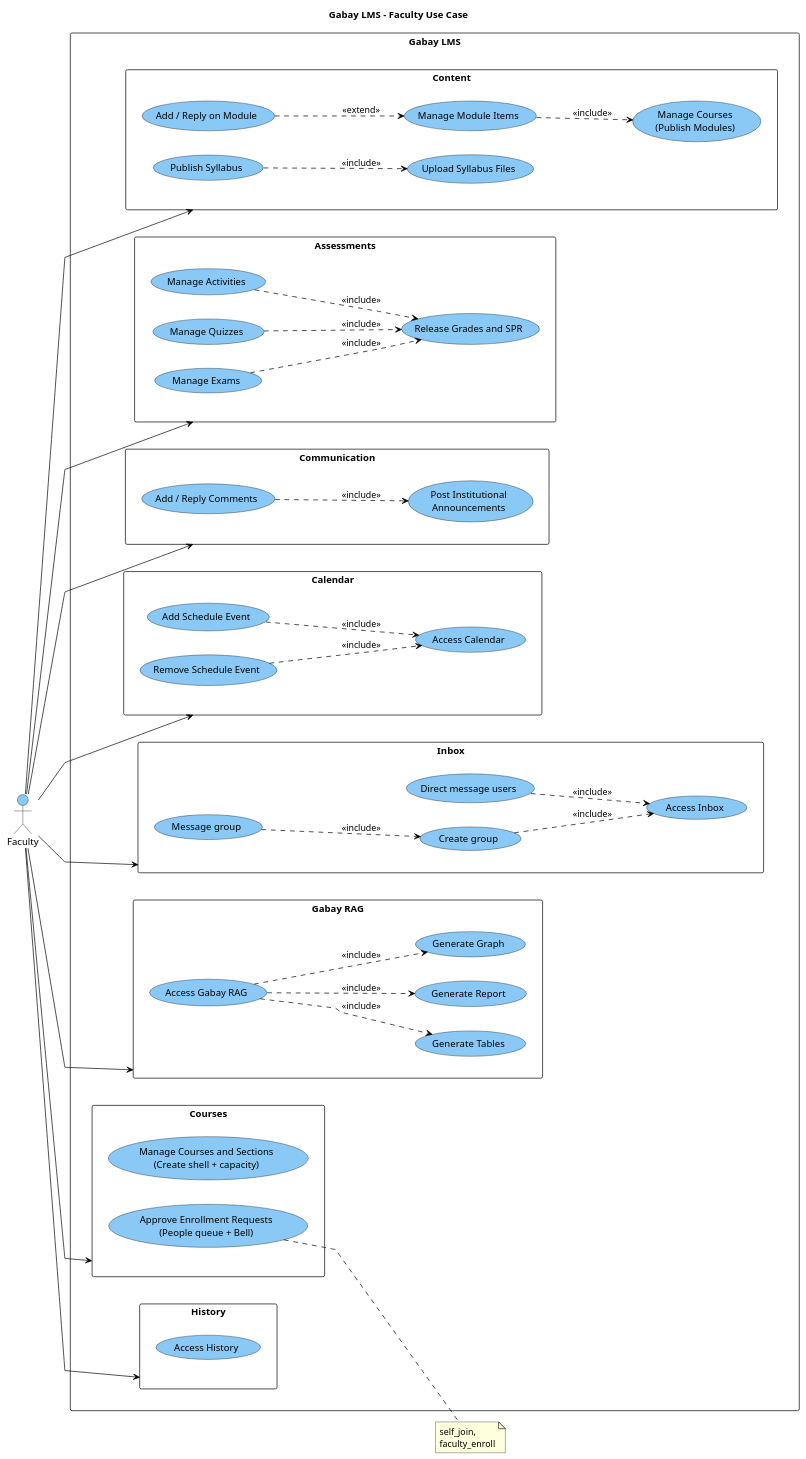
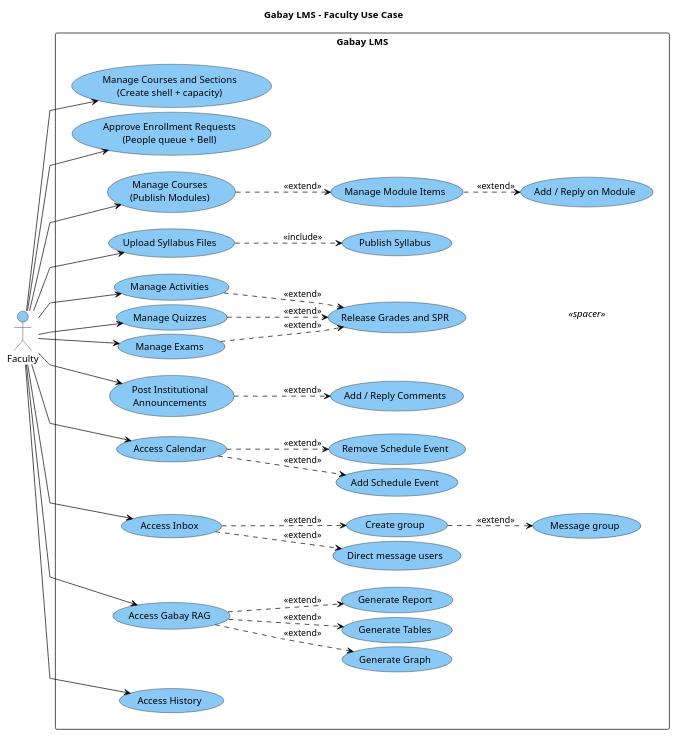
Before and after one commit to Axxues/Gabay-Prototype: the diagram in docs/diagrams/usecase-faculty.puml, drawn with PlantUML. The commit also changed 445 other files, not shown here.

```diff
--- a/docs/diagrams/usecase-faculty.puml
+++ b/docs/diagrams/usecase-faculty.puml
@@ -1,91 +1,104 @@
 @startuml
 title Gabay LMS - Faculty Use Case
 left to right direction
-skinparam packageStyle rectangle
 skinparam usecase {
   BackgroundColor #8AC9F5
   BorderColor black
 }
 skinparam actor {
   BackgroundColor #8AC9F5
   BorderColor black
 }
-skinparam package {
+skinparam rectangle {
   BackgroundColor white
   BorderColor black
 }
+skinparam usecase<<spacer>> {
+  BackgroundColor none
+  BorderColor white
+  FontColor white
+}
 skinparam arrowColor black
 skinparam linetype polyline
+skinparam nodesep 6
+skinparam ranksep 12
 
 actor "Faculty" as Faculty
 
 rectangle "Gabay LMS" {
-  package "Courses" as P2 {
+  together {
     usecase "Manage Courses and Sections\n(Create shell + capacity)" as UC2
     usecase "Approve Enrollment Requests\n(People queue + Bell)" as UC3
   }
-  package "Content" as P3 {
+  together {
     usecase "Manage Courses\n(Publish Modules)" as UC4
     usecase "Manage Module Items" as UC4a
     usecase "Add / Reply on Module" as UC4b
+  }
+  together {
     usecase "Upload Syllabus Files" as UC5a
     usecase "Publish Syllabus" as UC5b
   }
-  package "Assessments" as P4 {
+  together {
     usecase "Manage Activities" as UC6a
     usecase "Manage Quizzes" as UC6b
     usecase "Manage Exams" as UC6c
     usecase "Release Grades and SPR" as UC6d
+    usecase " " as SP6d <<spacer>>
   }
-  package "Communication" as P5 {
+  together {
     usecase "Post Institutional\nAnnouncements" as UC7
     usecase "Add / Reply Comments" as UC7b
   }
-  package "Calendar" as P6 {
+  together {
     usecase "Access Calendar" as UC8
     usecase "Add Schedule Event" as UC8a
     usecase "Remove Schedule Event" as UC8b
   }
-  package "Inbox" as P7 {
+  together {
     usecase "Access Inbox" as UC9
     usecase "Direct message users" as UC9a
     usecase "Create group" as UC9b
     usecase "Message group" as UC9c
   }
-  package "Gabay RAG" as P8 {
+  together {
     usecase "Access Gabay RAG" as UCRAG
     usecase "Generate Graph" as UCRAG_G
     usecase "Generate Tables" as UCRAG_T
     usecase "Generate Report" as UCRAG_R
   }
-  package "History" as P9 {
+  together {
     usecase "Access History" as UC10
   }
 }
 
-Faculty --> P2
-Faculty --> P3
-Faculty --> P4
-Faculty --> P5
-Faculty --> P6
-Faculty --> P7
-Faculty --> P8
-Faculty --> P9
+Faculty --> UC2
+Faculty --> UC3
+Faculty --> UC4
+Faculty --> UC5a
+Faculty --> UC6a
+Faculty --> UC6b
+Faculty --> UC6c
+Faculty --> UC7
+Faculty --> UC8
+Faculty --> UC9
+Faculty --> UCRAG
+Faculty --> UC10
 
-UC4a ..> UC4 : <<include>>
-UC4b ..> UC4a : <<extend>>
-UC5b ..> UC5a : <<include>>
-UC6a ..> UC6d : <<include>>
-UC6b ..> UC6d : <<include>>
-UC6c ..> UC6d : <<include>>
-UC7b ..> UC7 : <<include>>
-UC8a ..> UC8 : <<include>>
-UC8b ..> UC8 : <<include>>
-UC9a ..> UC9 : <<include>>
-UC9b ..> UC9 : <<include>>
-UC9c ..> UC9b : <<include>>
-UCRAG ..> UCRAG_G : <<include>>
-UCRAG ..> UCRAG_T : <<include>>
-UCRAG ..> UCRAG_R : <<include>>
-note right of UC3 : self_join,\nfaculty_enroll
+UC4 ..> UC4a : <<extend>>
+UC4a ..> UC4b : <<extend>>
+UC5a ..> UC5b : <<include>>
+UC6a ..> UC6d : <<extend>>
+UC6b ..> UC6d : <<extend>>
+UC6c ..> UC6d : <<extend>>
+UC7 ..> UC7b : <<extend>>
+UC8 ..> UC8a : <<extend>>
+UC8 ..> UC8b : <<extend>>
+UC9 ..> UC9a : <<extend>>
+UC9 ..> UC9b : <<extend>>
+UC9b ..> UC9c : <<extend>>
+UCRAG ..> UCRAG_G : <<extend>>
+UCRAG ..> UCRAG_T : <<extend>>
+UCRAG ..> UCRAG_R : <<extend>>
+UC6d -[hidden]down-> SP6d
 @enduml
```
